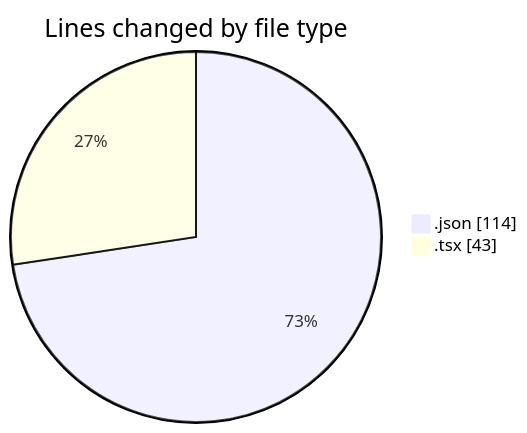
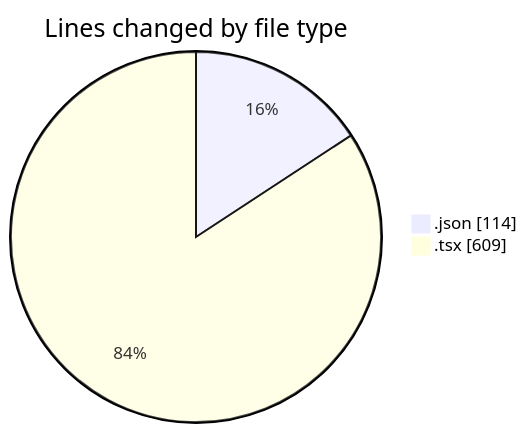
Before and after one commit to julien-gomy/code-tracking: the first of 2 diagrams in 2025-11-17/eventscop-frontend-guide__workspace_/README.md, drawn with Mermaid. The commit also changed other lines of this file and 1 other file, not shown here.

````diff
--- a/2025-11-17/eventscop-frontend-guide__workspace_/README.md
+++ b/2025-11-17/eventscop-frontend-guide__workspace_/README.md
@@ -21,6 +23,6 @@
 ```mermaid
 pie showData
 title Lines changed by file type
 ".json" : 114
-".tsx" : 43
+".tsx" : 609
 ```
````
